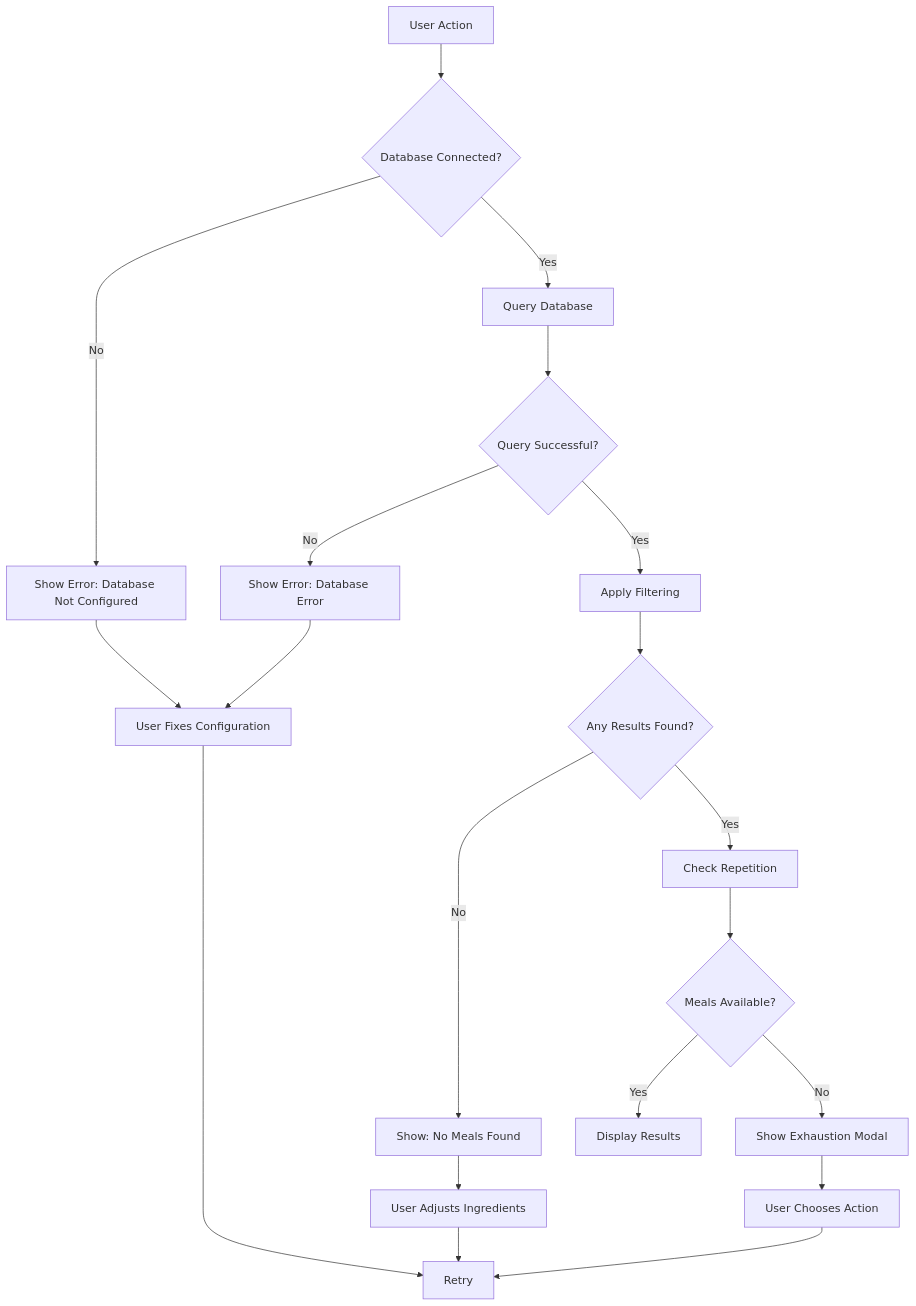
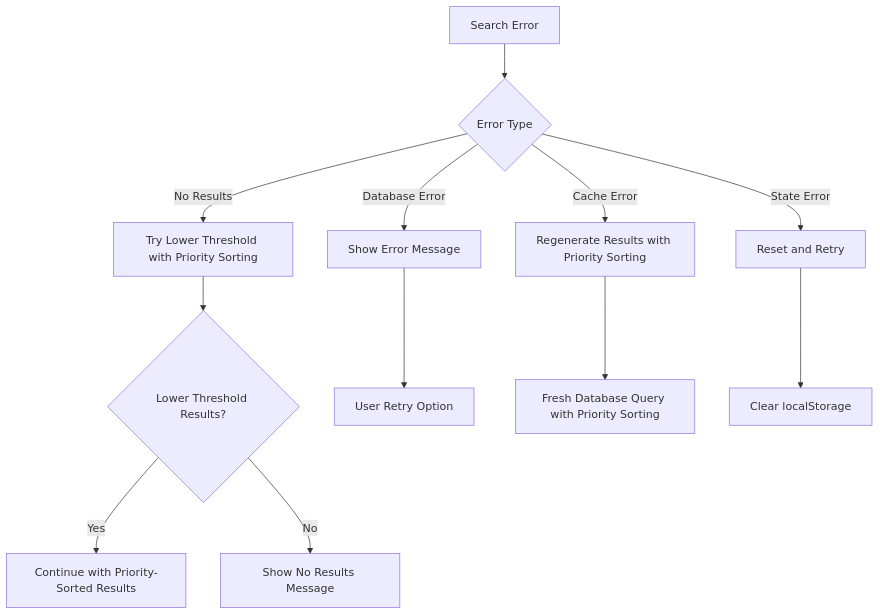
The eighth of 13 diagrams in INGREDIENT_SEARCH_FLOWCHART.md (Artificialintellectx/momfoodie-mvp), drawn with Mermaid before and after one commit. The commit also changed other lines of this file and 3 other files, not shown here.

````diff
--- a/INGREDIENT_SEARCH_FLOWCHART.md
+++ b/INGREDIENT_SEARCH_FLOWCHART.md
@@ -102,22 +157,16 @@
 ```mermaid
 flowchart TD
-    A[User Action] --> B{Database Connected?}
-    B -->|No| C[Show Error: Database Not Configured]
-    B -->|Yes| D[Query Database]
-    D --> E{Query Successful?}
-    E -->|No| F[Show Error: Database Error]
-    E -->|Yes| G[Apply Filtering]
-    G --> H{Any Results Found?}
-    H -->|No| I[Show: No Meals Found]
-    H -->|Yes| J[Check Repetition]
-    J --> K{Meals Available?}
-    K -->|No| L[Show Exhaustion Modal]
-    K -->|Yes| M[Display Results]
-    C --> N[User Fixes Configuration]
-    F --> N
-    I --> O[User Adjusts Ingredients]
-    L --> P[User Chooses Action]
-    N --> Q[Retry]
-    O --> Q
-    P --> Q
+    A[Search Error] --> B{Error Type}
+    B -->|No Results| C[Try Lower Threshold with Priority Sorting]
+    B -->|Database Error| D[Show Error Message]
+    B -->|Cache Error| E[Regenerate Results with Priority Sorting]
+    B -->|State Error| F[Reset and Retry]
+    
+    C --> G{Lower Threshold Results?}
+    G -->|Yes| H[Continue with Priority-Sorted Results]
+    G -->|No| I[Show No Results Message]
+    
+    D --> J[User Retry Option]
+    E --> K[Fresh Database Query with Priority Sorting]
+    F --> L[Clear localStorage]
 ```
````
